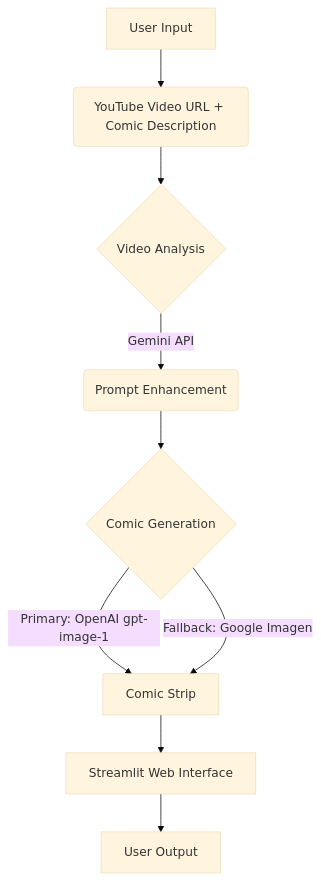
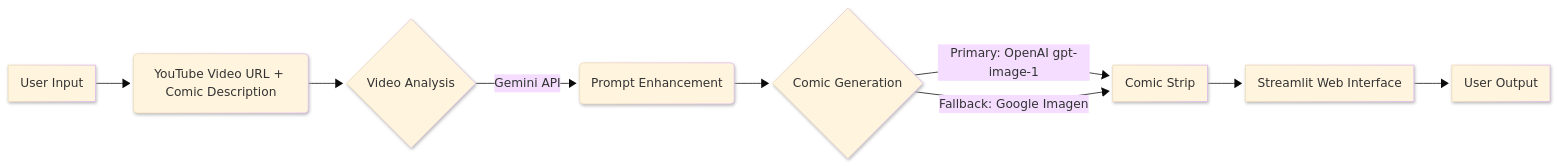
One commit to SannidhyaDas/Comic-AI changed the diagram in README.md. Above: the diagram before and after it, drawn with Mermaid (base theme).

Commit message:
added rotated block diagram

````diff
--- a/README.md
+++ b/README.md
@@ -81,11 +81,17 @@
 ```mermaid
-graph TD
-A[User Input] --> B(YouTube Video URL + Comic Description)
-B --> C{Video Analysis}
-C -->|Gemini API| D(Prompt Enhancement)
-D --> E{Comic Generation}
-E -->|Primary: OpenAI gpt-image-1| F[Comic Strip]
-E -->|Fallback: Google Imagen| F
-F --> G[Streamlit Web Interface]
-G --> H[User Output]
+---
+config:
+  look: neo
+  layout: fixed
+---
+flowchart LR
+    A["User Input"] --> B("YouTube Video URL + Comic Description")
+    B --> C{"Video Analysis"}
+    C -- Gemini API --> D("Prompt Enhancement")
+    D --> E{"Comic Generation"}
+    E -- "Primary: OpenAI gpt-image-1" --> F["Comic Strip"]
+    E -- Fallback: Google Imagen --> F
+    F --> G["Streamlit Web Interface"]
+    G --> H["User Output"]
+
 ```
````
